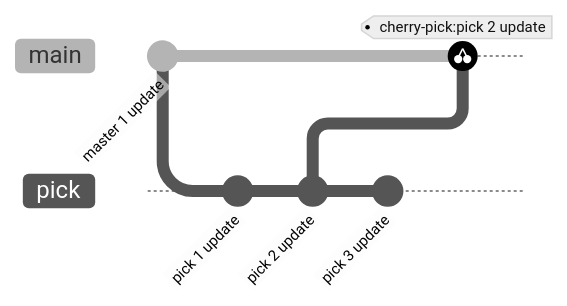
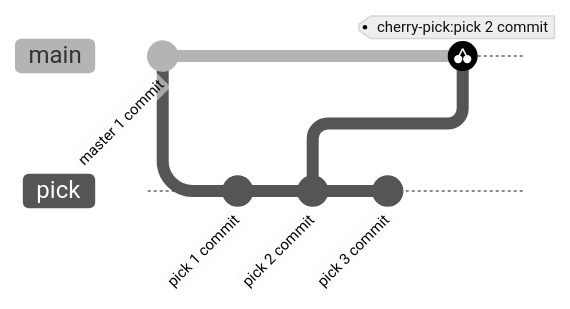
Diagram 11 of 14 in _posts/software/git/2024-09-24-命令.md (dmjcb/dmjcb.github.io), drawn with Mermaid (neutral theme) before and after one commit. The commit also changed other lines of this file and 165 other files, not shown here.

````diff
--- a/_posts/software/git/2024-09-24-命令.md
+++ b/_posts/software/git/2024-09-24-命令.md
@@ -720,11 +627,11 @@
 ```mermaid
 gitGraph
-    commit id: "master 1 update"
+    commit id: "master 1 commit"
     branch pick
     switch pick
-    commit id: "pick 1 update"
-    commit id: "pick 2 update"
-    commit id: "pick 3 update"
+    commit id: "pick 1 commit"
+    commit id: "pick 2 commit"
+    commit id: "pick 3 commit"
     switch main
-    cherry-pick id: "pick 2 update"
+    cherry-pick id: "pick 2 commit"
 ```
````
